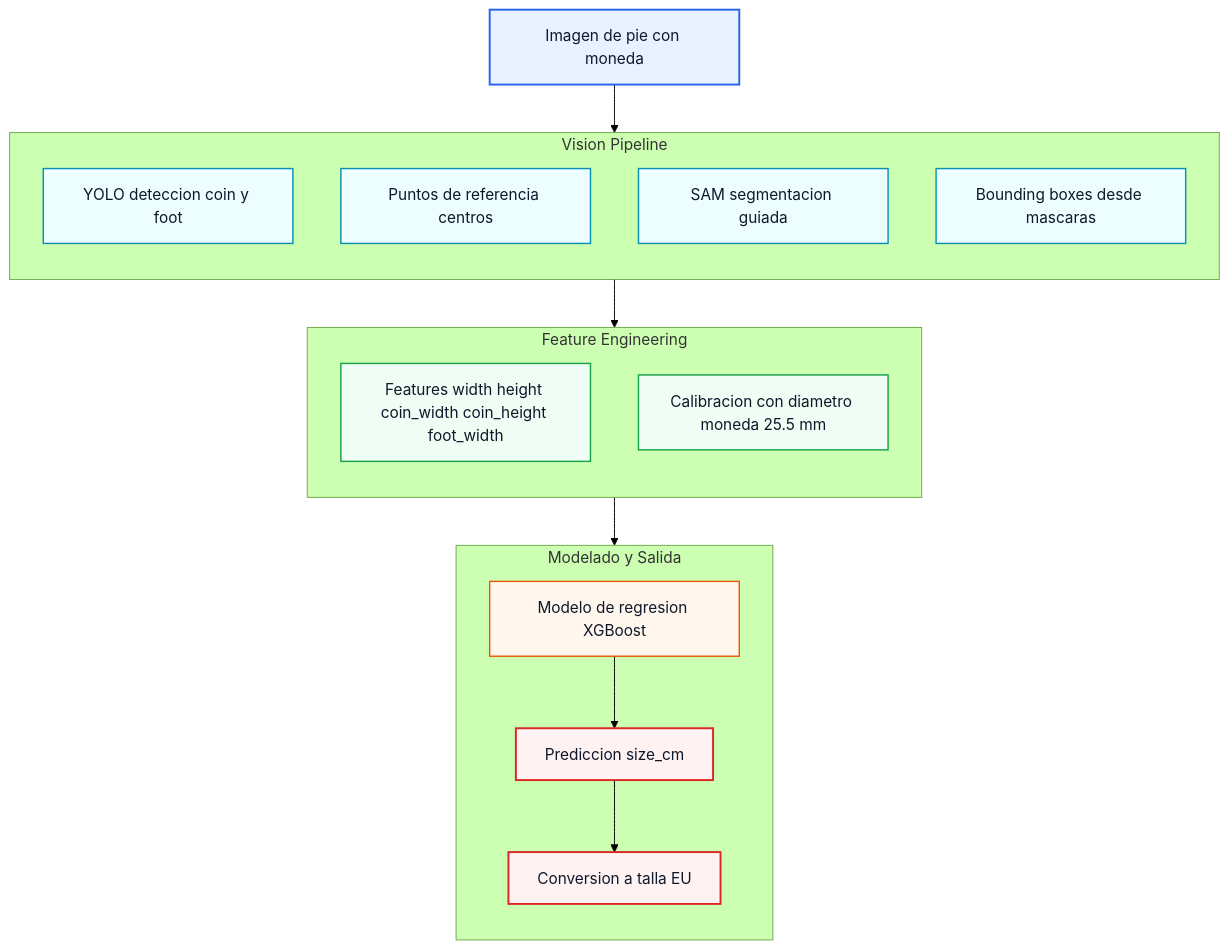
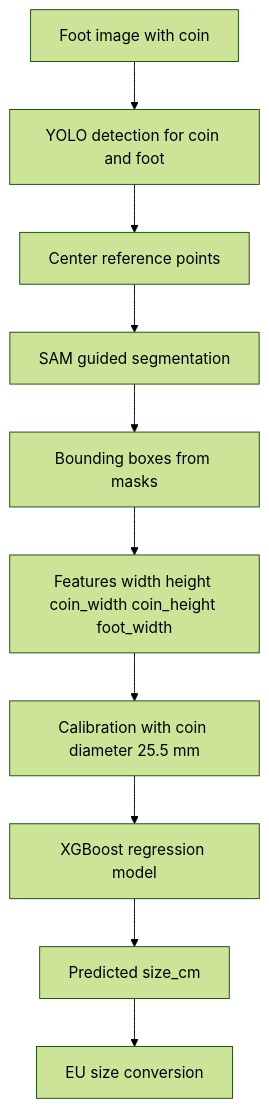
The second of 2 diagrams in README.md (giansmart/shoe-sizer), drawn with Mermaid (forest theme) before and after one commit. The commit also changed other lines of this file, not shown here.

Commit message:
adding authors

````diff
--- a/README.md
+++ b/README.md
@@ -48,43 +48,15 @@
 ```mermaid
 flowchart TD
-    I[Imagen de pie con moneda]
+    I[Foot image with coin]
+    D[YOLO detection for coin and foot]
+    P[Center reference points]
+    G[SAM guided segmentation]
+    B[Bounding boxes from masks]
+    F[Features width height coin_width coin_height foot_width]
+    C[Calibration with coin diameter 25.5 mm]
+    M[XGBoost regression model]
+    O[Predicted size_cm]
+    E[EU size conversion]
 
-    subgraph V["Vision Pipeline"]
-        direction TD
-        D[YOLO deteccion coin y foot]
-        P[Puntos de referencia centros]
-        G[SAM segmentacion guiada]
-        B[Bounding boxes desde mascaras]
-    end
-
-    subgraph FEA["Feature Engineering"]
-        direction TD
-        F[Features width height coin_width coin_height foot_width]
-        C[Calibracion con diametro moneda 25.5 mm]
-    end
-
-    subgraph ML["Modelado y Salida"]
-        direction TD
-        M[Modelo de regresion XGBoost]
-        O[Prediccion size_cm]
-        E[Conversion a talla EU]
-    end
-
-    I --> D
-    B --> F
-    C --> M
-    M --> O
-    O --> E
-
-    classDef input fill:#e8f1ff,stroke:#2563eb,stroke-width:2px,color:#0f172a;
-    classDef vision fill:#ecfeff,stroke:#0891b2,stroke-width:1.5px,color:#0f172a;
-    classDef feat fill:#f0fdf4,stroke:#16a34a,stroke-width:1.5px,color:#0f172a;
-    classDef model fill:#fff7ed,stroke:#ea580c,stroke-width:1.5px,color:#0f172a;
-    classDef output fill:#fef2f2,stroke:#dc2626,stroke-width:2px,color:#0f172a;
-
-    class I input;
-    class D,P,G,B vision;
-    class F,C feat;
-    class M model;
-    class O,E output;
+    I --> D --> P --> G --> B --> F --> C --> M --> O --> E
 ```
````
